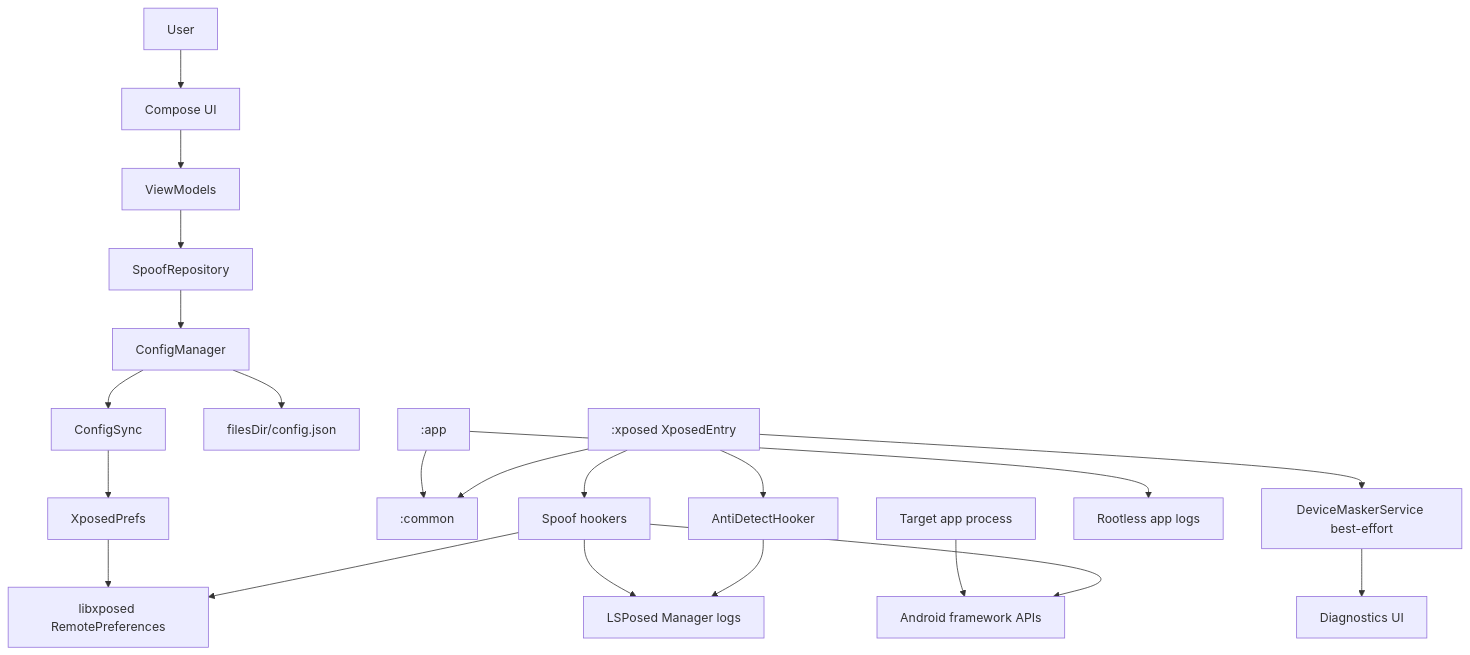
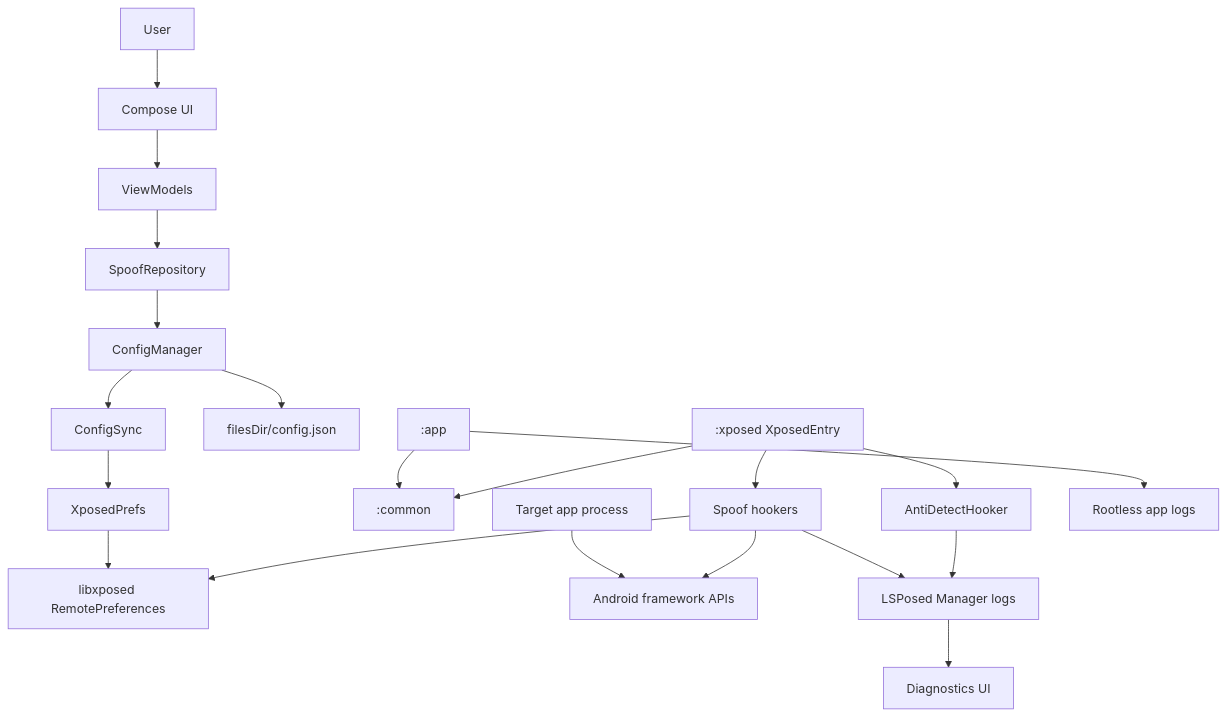
The first of 6 diagrams in docs/public/ARCHITECTURE.md (mohdakil2426/Device-Masker), drawn with Mermaid before and after one commit. The commit also changed other lines of this file and 52 other files, not shown here.

````diff
--- a/docs/public/ARCHITECTURE.md
+++ b/docs/public/ARCHITECTURE.md
@@ -22,39 +22,38 @@
 ```mermaid
 flowchart TD
     User["User"]
     App[":app"]
     UI["Compose UI"]
     VM["ViewModels"]
     Repo["SpoofRepository"]
     Config["ConfigManager"]
     Json["filesDir/config.json"]
     Sync["ConfigSync"]
     XPrefs["XposedPrefs"]
     Remote["libxposed RemotePreferences"]
     Common[":common"]
     Entry[":xposed XposedEntry"]
     Hookers["Spoof hookers"]
     Anti["AntiDetectHooker"]
     Target["Target app process"]
     Framework["Android framework APIs"]
     LSLogs["LSPosed Manager logs"]
     AppLogs["Rootless app logs"]
-    DiagSvc["DeviceMaskerService best-effort"]
     DiagUI["Diagnostics UI"]
 
     User --> UI
     UI --> VM --> Repo --> Config
     Config --> Json
     Config --> Sync --> XPrefs --> Remote
     App --> Common
     Entry --> Common
     Entry --> Anti
     Entry --> Hookers
     Target --> Framework
     Hookers --> Framework
     Hookers --> Remote
     Hookers --> LSLogs
     Anti --> LSLogs
     App --> AppLogs
-    Entry --> DiagSvc --> DiagUI
+    LSLogs --> DiagUI
 ```
````
